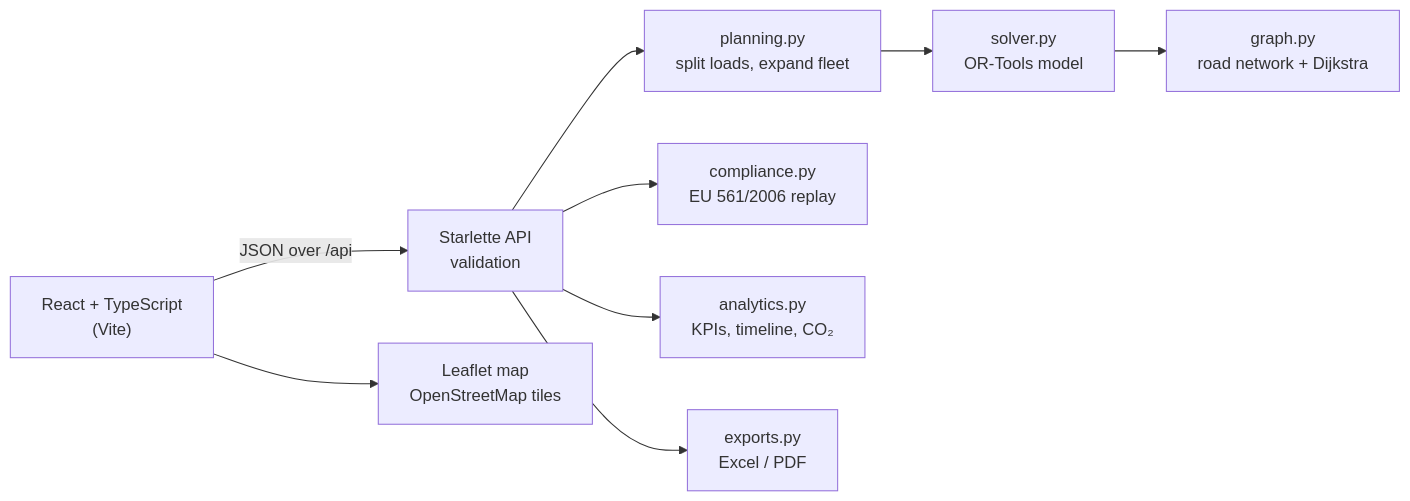
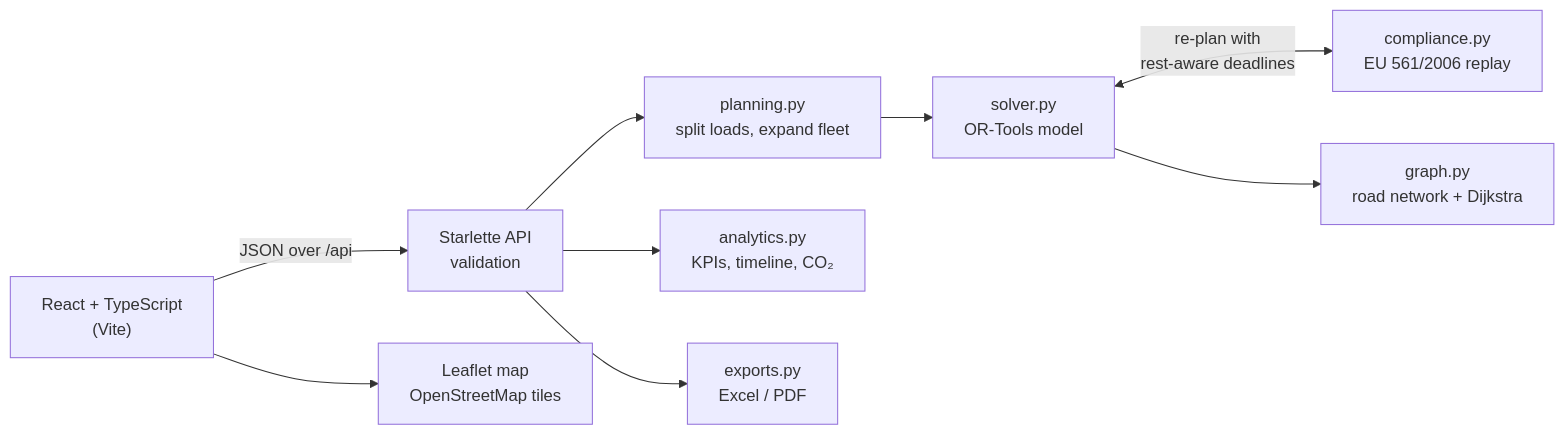
Before and after one commit to CataBulu/FleetRoute: the diagram in README.md, drawn with Mermaid. The commit also changed other lines of this file and 7 other files, not shown here.

````diff
--- a/README.md
+++ b/README.md
@@ -60,11 +67,11 @@
 ```mermaid
 flowchart LR
     UI["React + TypeScript<br/>(Vite)"] -- "JSON over /api" --> API["Starlette API<br/>validation"]
     API --> PLAN["planning.py<br/>split loads, expand fleet"]
     PLAN --> SOLVER["solver.py<br/>OR-Tools model"]
+    SOLVER <-->|"re-plan with<br/>rest-aware deadlines"| RULES["compliance.py<br/>EU 561/2006 replay"]
     SOLVER --> GRAPH["graph.py<br/>road network + Dijkstra"]
-    API --> RULES["compliance.py<br/>EU 561/2006 replay"]
     API --> ANALYTICS["analytics.py<br/>KPIs, timeline, CO₂"]
     API --> EXPORTS["exports.py<br/>Excel / PDF"]
     UI --> MAP["Leaflet map<br/>OpenStreetMap tiles"]
 ```
````
